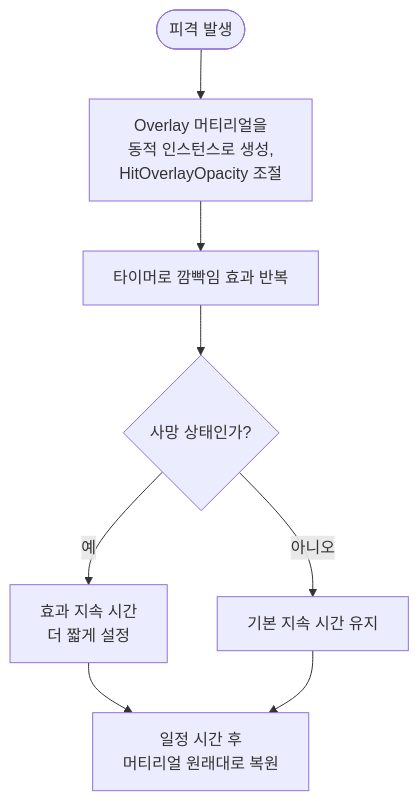
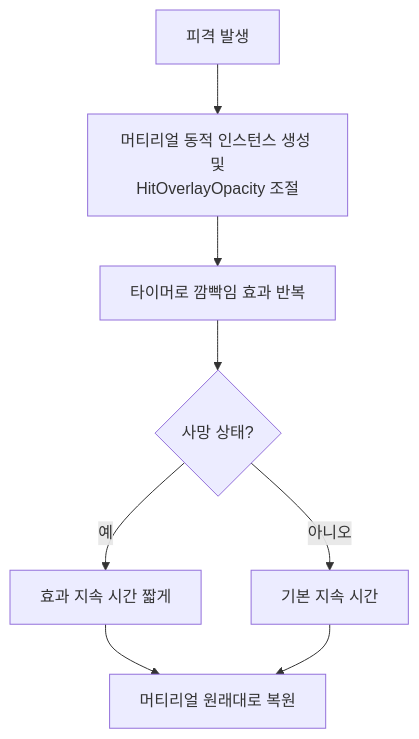
One commit to WJMcode/Project_CavesBasic changed the diagram in README.md. Above: the diagram before and after it, drawn with Mermaid.

````diff
--- a/README.md
+++ b/README.md
@@ -131,10 +131,10 @@
 ```mermaid
 flowchart TD
-    A([피격 발생]) --> B[Overlay 머티리얼을<br>동적 인스턴스로 생성,<br>HitOverlayOpacity 조절]
+    A[피격 발생] --> B[머티리얼 동적 인스턴스 생성 및<br>HitOverlayOpacity 조절]
     B --> C[타이머로 깜빡임 효과 반복]
-    C --> D{사망 상태인가?}
-    D -- 예 --> E[효과 지속 시간<br>더 짧게 설정]
-    D -- 아니오 --> F[기본 지속 시간 유지]
-    E --> G[일정 시간 후<br>머티리얼 원래대로 복원]
+    C --> D{사망 상태?}
+    D -- 예 --> E[효과 지속 시간 짧게]
+    D -- 아니오 --> F[기본 지속 시간]
+    E --> G[머티리얼 원래대로 복원]
     F --> G
 ```
````
